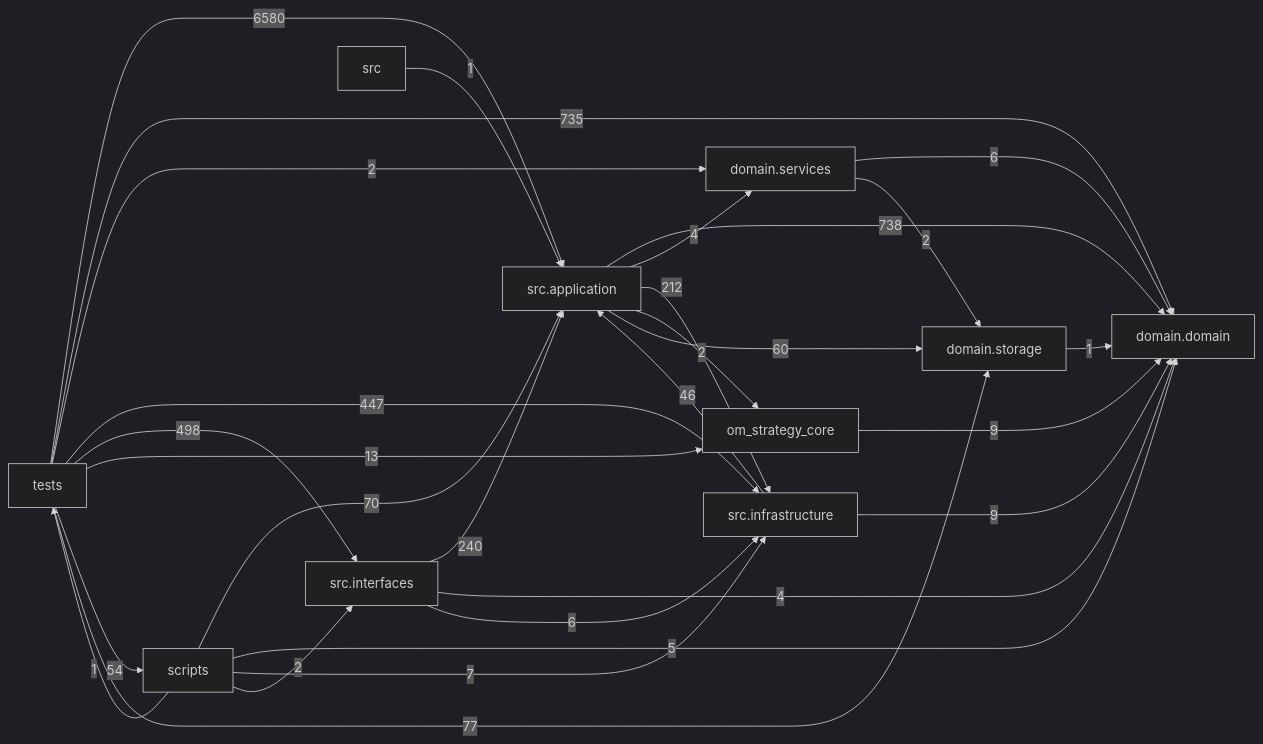
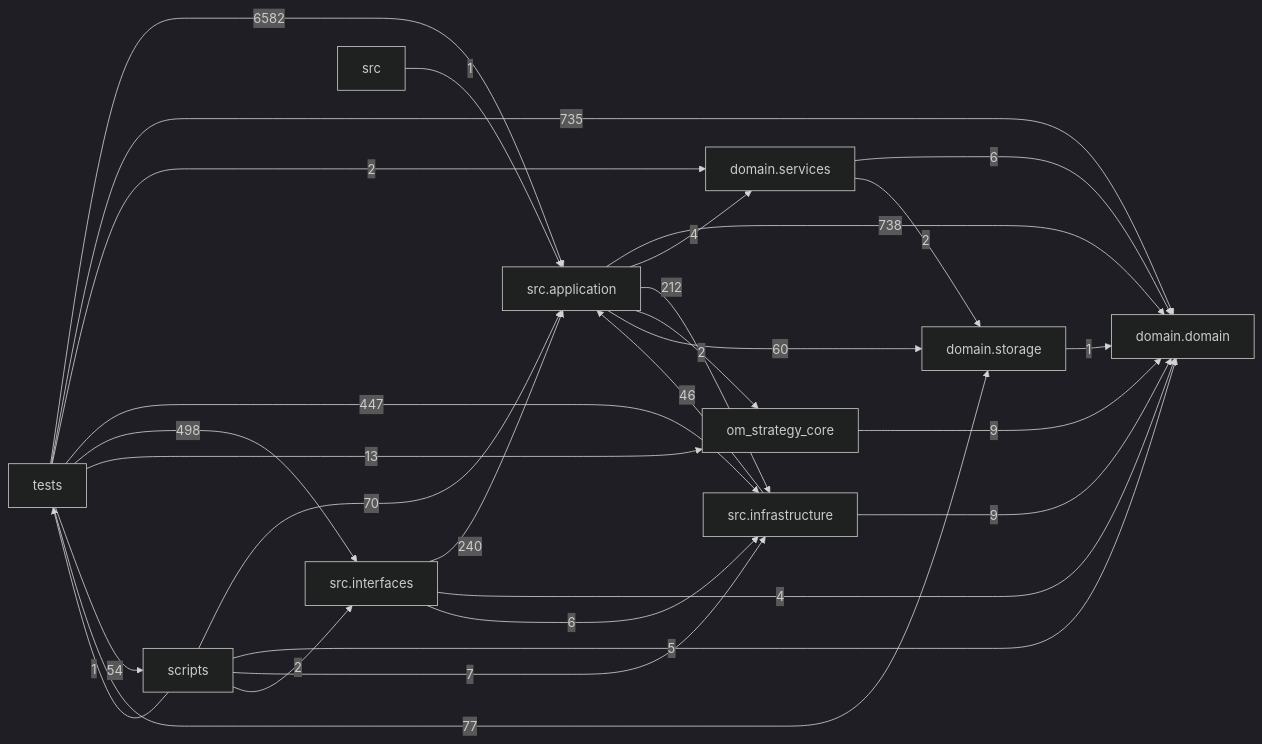
The diagram in docs/DEPENDENCY_GRAPH.md (liuxie066/options-monitor), drawn with Mermaid (dark theme) before and after one commit. The commit also changed other lines of this file and 2 other files, not shown here.

````diff
--- a/docs/DEPENDENCY_GRAPH.md
+++ b/docs/DEPENDENCY_GRAPH.md
@@ -24,39 +24,39 @@
 ```mermaid
 flowchart LR
   tests["tests"]
   scripts["scripts"]
   interfaces["src.interfaces"]
   application["src.application"]
   infrastructure["src.infrastructure"]
   domain_services["domain.services"]
   domain["domain.domain"]
   storage["domain.storage"]
   application -->|738| domain
   application -->|4| domain_services
   application -->|212| infrastructure
   application -->|2| om_strategy_core
   application -->|60| storage
   domain_services -->|6| domain
   domain_services -->|2| storage
   infrastructure -->|46| application
   infrastructure -->|9| domain
   interfaces -->|240| application
   interfaces -->|4| domain
   interfaces -->|6| infrastructure
   om_strategy_core -->|9| domain
   scripts -->|70| application
   scripts -->|5| domain
   scripts -->|7| infrastructure
   scripts -->|2| interfaces
   scripts -->|1| tests
   src -->|1| application
   storage -->|1| domain
-  tests -->|6580| application
+  tests -->|6582| application
   tests -->|735| domain
   tests -->|2| domain_services
   tests -->|447| infrastructure
   tests -->|498| interfaces
   tests -->|13| om_strategy_core
   tests -->|54| scripts
   tests -->|77| storage
 ```
````
